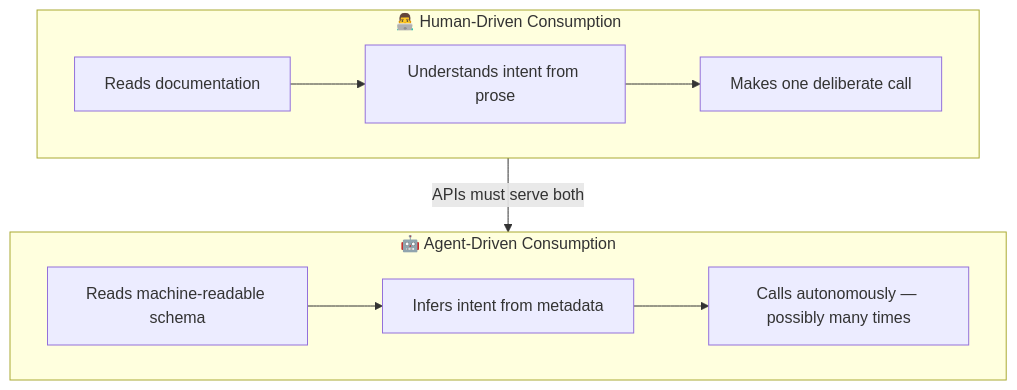
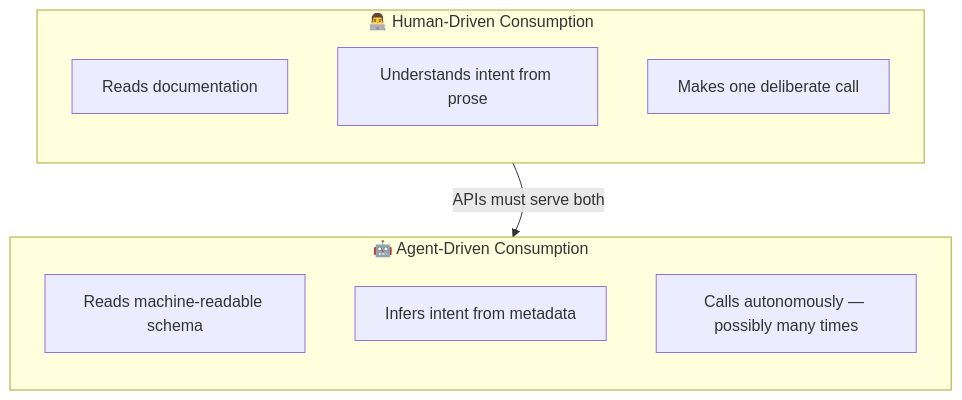
One commit to romangurevitch/GoTraining changed the first of 7 diagrams in internal/fundamentals/the-agentic-future/01-designing-apis-for-ai-consumption.md. Above: the diagram before and after it, drawn with Mermaid. The commit also changed other lines of this file and 20 other files, not shown here.

````diff
--- a/internal/fundamentals/the-agentic-future/01-designing-apis-for-ai-consumption.md
+++ b/internal/fundamentals/the-agentic-future/01-designing-apis-for-ai-consumption.md
@@ -7,18 +7,20 @@
 ```mermaid
-graph TB
+graph TD
     subgraph Human["👨‍💻 Human-Driven Consumption"]
+        direction TB
         HD1["Reads documentation"]
         HD2["Understands intent from prose"]
         HD3["Makes one deliberate call"]
-        HD1 --> HD2 --> HD3
     end
 
+    Human ~~~ Agent
+
     subgraph Agent["🤖 Agent-Driven Consumption"]
+        direction TB
         AD1["Reads machine-readable schema"]
         AD2["Infers intent from metadata"]
         AD3["Calls autonomously — possibly many times"]
-        AD1 --> AD2 --> AD3
     end
 
     Human -->|"APIs must serve both"| Agent
 ```
````
